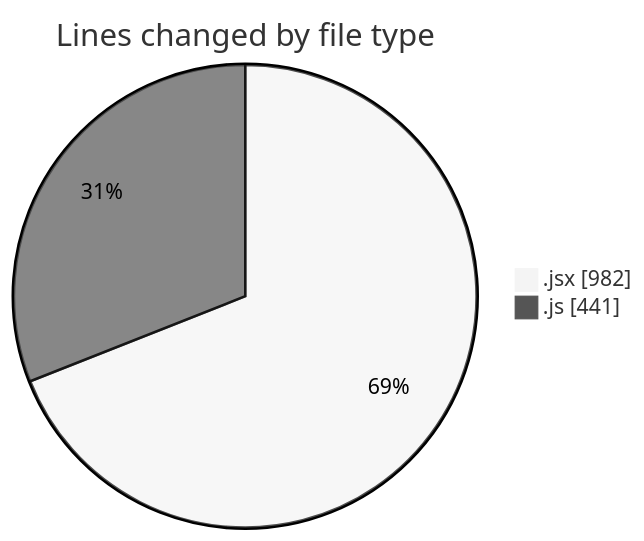
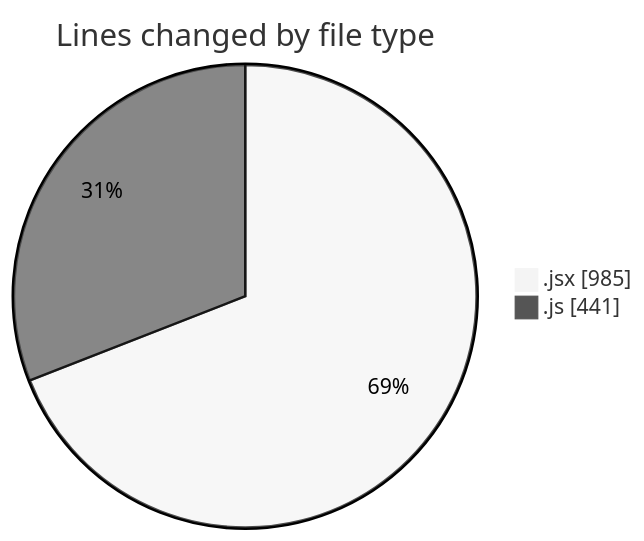
The first of 2 diagrams in 2025-06-30/argos/README.md (nxtqubesakshisongat/code-tracking), drawn with Mermaid (neutral theme) before and after one commit. The commit also changed other lines of this file and 1 other file, not shown here.

````diff
--- a/2025-06-30/argos/README.md
+++ b/2025-06-30/argos/README.md
@@ -25,6 +25,6 @@
 ```mermaid
 pie showData
 title Lines changed by file type
-".jsx" : 982
+".jsx" : 985
 ".js" : 441
 ```
````
